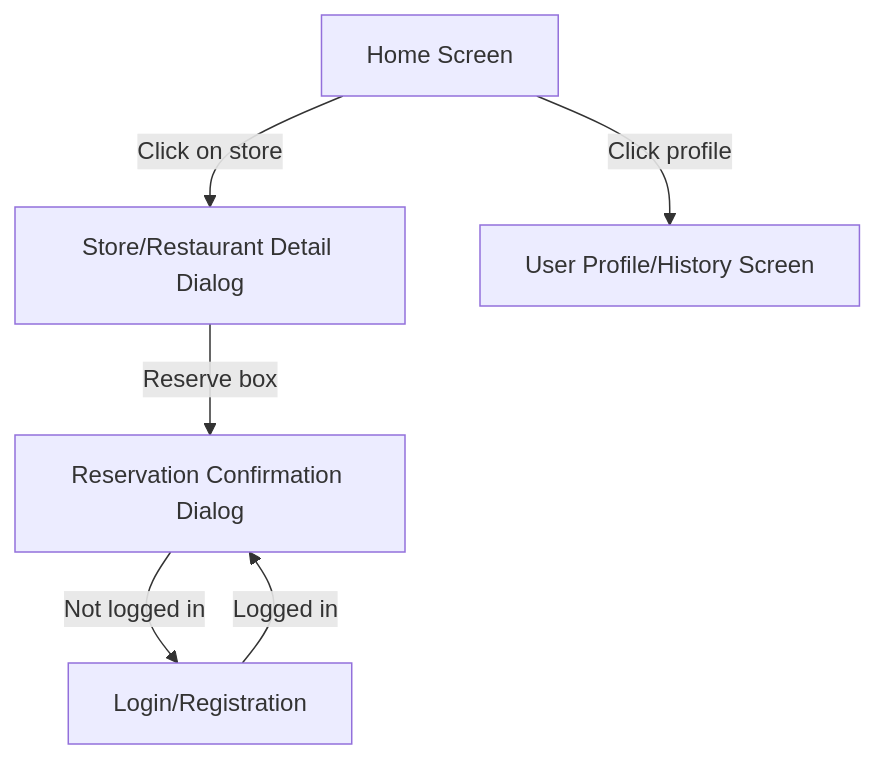
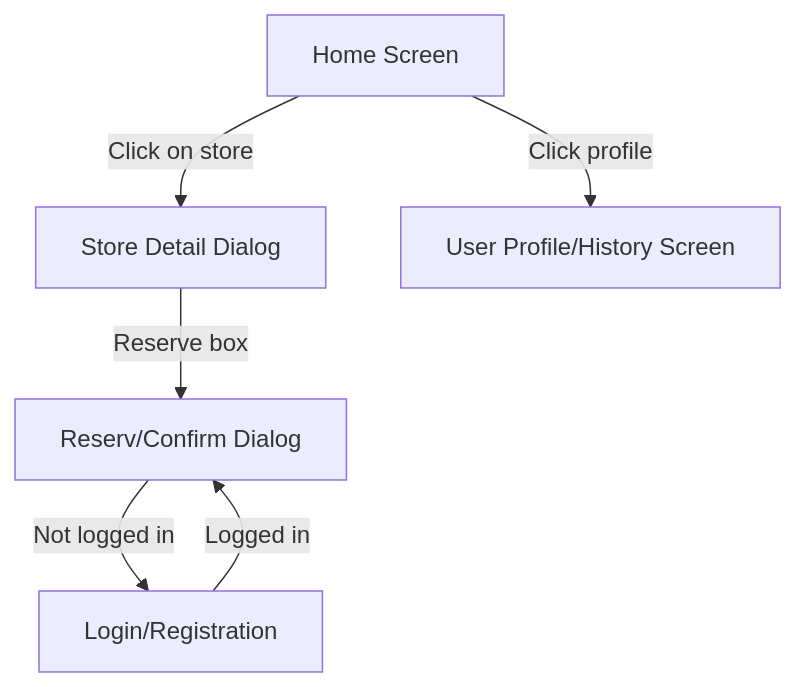
One commit to vanakenm/hyf-frontend-template changed the first of 6 diagrams in planning/ConceptInterfaces.md. Above: the diagram before and after it, drawn with Mermaid. The commit also changed other lines of this file, not shown here.

Commit message:
diagram2

````diff
--- a/planning/ConceptInterfaces.md
+++ b/planning/ConceptInterfaces.md
@@ -19,8 +19,8 @@
 ```mermaid
 graph TD
-    A[Home Screen] -->|Click on store| B[ Store/Restaurant Detail Dialog]
-    B -->|Reserve box| C[Reservation Confirmation Dialog]
+    A[Home Screen] -->|Click on store| B[Store Detail Dialog]
+    B -->|Reserve box| C[Reserv/Confirm Dialog]
     C -->|Not logged in| D[ Login/Registration ]
     D -->|Logged in| C
     A -->|Click profile| E[User Profile/History Screen]
 ```
````
